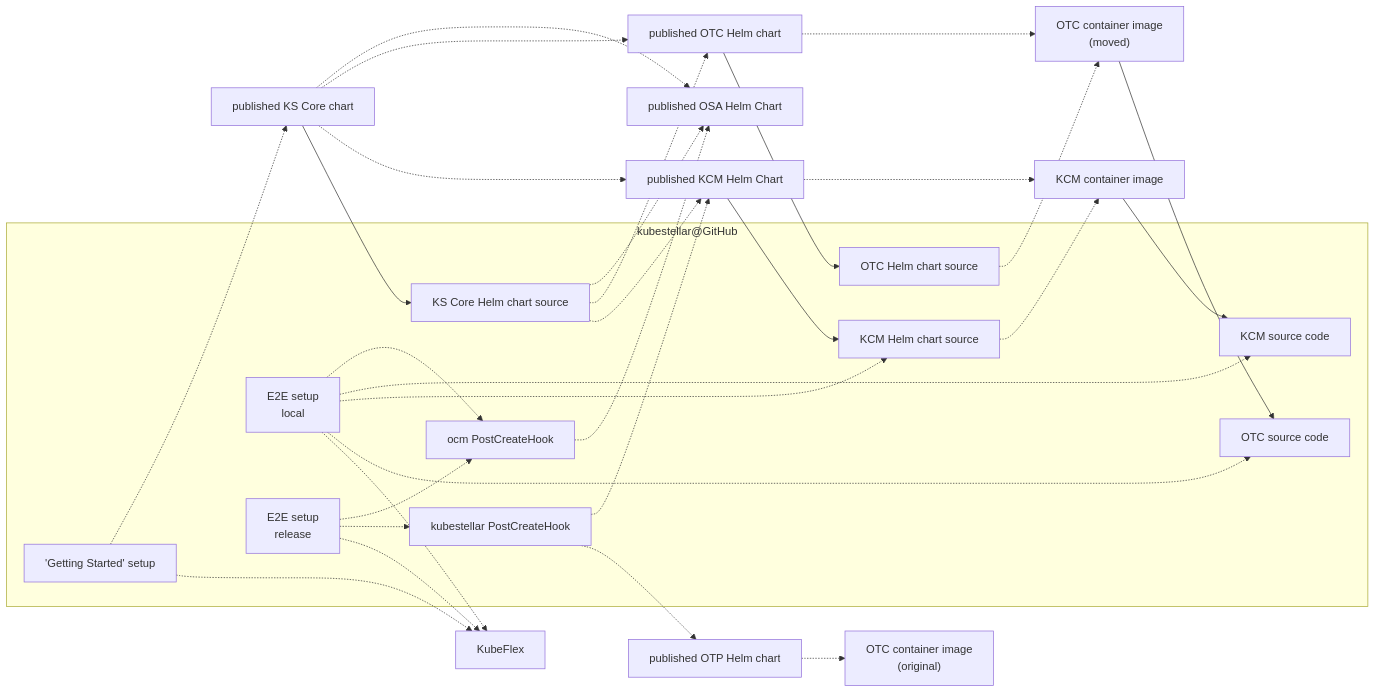
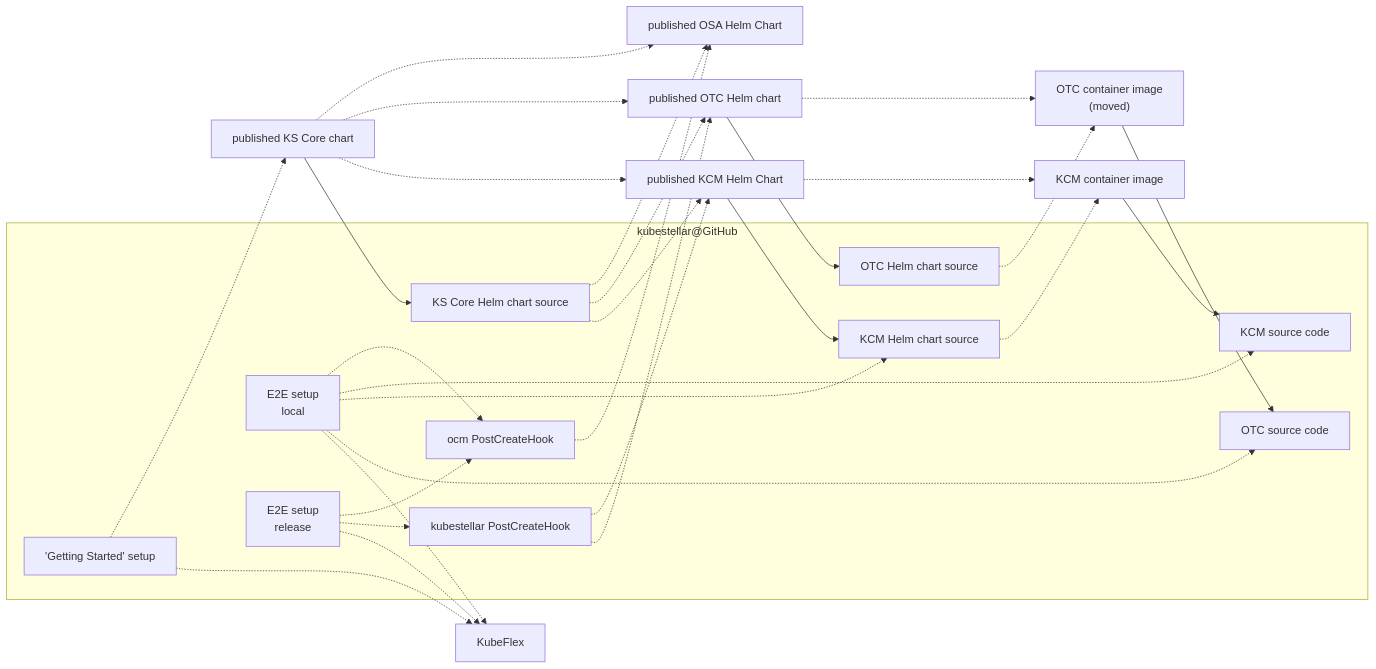
One commit to kubestellar/kubestellar changed the third of 5 diagrams in docs/content/direct/packaging.md. Above: the diagram before and after it, drawn with Mermaid. The commit also changed other lines of this file and 2 other files, not shown here.

Commit message:
Swing kubestellar PostCreateHook from external OTP to ks/ks OTC

````diff
--- a/docs/content/direct/packaging.md
+++ b/docs/content/direct/packaging.md
@@ -96,47 +96,45 @@
 ```mermaid
 flowchart LR
     osa_hc_repo[published OSA Helm Chart]
     subgraph ks_repo["kubestellar@GitHub"]
     kcm_code[KCM source code]
     otc_code[OTC source code]
     kcm_hc_src[KCM Helm chart source]
     otc_hc_src[OTC Helm chart source]
     ksc_hc_src[KS Core Helm chart source]
     ks_pch[kubestellar PostCreateHook]
     ocm_pch["ocm PostCreateHook"]
     setup_ksc["'Getting Started' setup"]
     e2e_local["E2E setup<br>local"]
     e2e_release["E2E setup<br>release"]
     end
     ocm_pch -.-> osa_hc_repo
     kcm_ctr_image[KCM container image] --> kcm_code
     kcm_hc_repo[published KCM Helm Chart] --> kcm_hc_src
     kcm_hc_src -.-> kcm_ctr_image
     kcm_hc_repo -.-> kcm_ctr_image
     ks_pch -.-> kcm_hc_repo
-    ks_pch -.-> otp_hc_repo[published OTP Helm chart]
+    ks_pch -.-> otc_hc_repo[published OTC Helm chart]
     otc_ctr_image["OTC container image<br>(moved)"]
     otc_ctr_image --> otc_code
     otc_hc_src -.-> otc_ctr_image
-    otp_hc_repo -.-> otc_ctr_image_ur["OTC container image<br>(original)"]
-    otc_hc_repo[published OTC Helm chart]
     otc_hc_repo --> otc_hc_src
     otc_hc_repo -.-> otc_ctr_image
     ksc_hc_repo[published KS Core chart] --> ksc_hc_src
     ksc_hc_src -.-> osa_hc_repo
     ksc_hc_src -.-> otc_hc_repo
     ksc_hc_src -.-> kcm_hc_repo
     ksc_hc_repo -.-> osa_hc_repo
     ksc_hc_repo -.-> otc_hc_repo
     ksc_hc_repo -.-> kcm_hc_repo
     setup_ksc -.-> ksc_hc_repo
     setup_ksc -.-> KubeFlex
     e2e_local -.-> ocm_pch
     e2e_local -.-> kcm_code
     e2e_local -.-> kcm_hc_src
     e2e_local -.-> otc_code
     e2e_local -.-> KubeFlex
     e2e_release -.-> ocm_pch
     e2e_release -.-> ks_pch
     e2e_release -.-> KubeFlex
 ```
````
